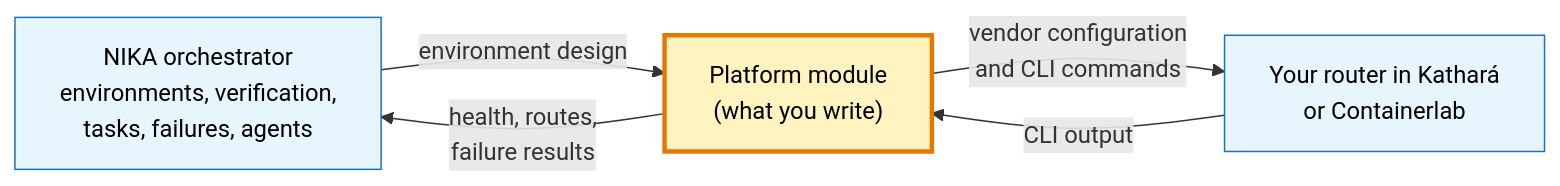
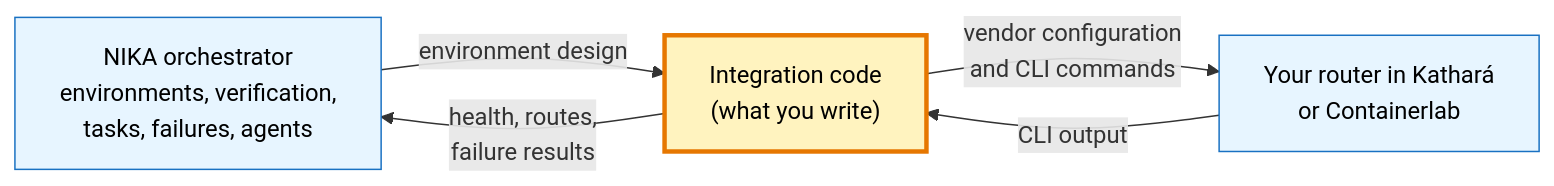
One commit to sands-lab/nika changed the second of 2 diagrams in docs/operations/multi-vendor-routers.md. Above: the diagram before and after it, drawn with Mermaid. The commit also changed other lines of this file, not shown here.

Commit message:
docs(operations): scope the platform module to Kathara routers

````diff
--- a/docs/operations/multi-vendor-routers.md
+++ b/docs/operations/multi-vendor-routers.md
@@ -116,14 +116,14 @@
 ```mermaid
 flowchart LR
     O["NIKA orchestrator<br/>environments, verification,<br/>tasks, failures, agents"]
-    M["Platform module<br/>(what you write)"]
+    M["Integration code<br/>(what you write)"]
     R["Your router in Kathará<br/>or Containerlab"]
     O -- "environment design" --> M
     M -- "vendor configuration<br/>and CLI commands" --> R
     R -- "CLI output" --> M
     M -- "health, routes,<br/>failure results" --> O
     classDef yours fill:#fff3bf,stroke:#e67700,stroke-width:3px,color:#000
     classDef provided fill:#e7f5ff,stroke:#1971c2,color:#000
     class M yours
     class O,R provided
 ```
````
